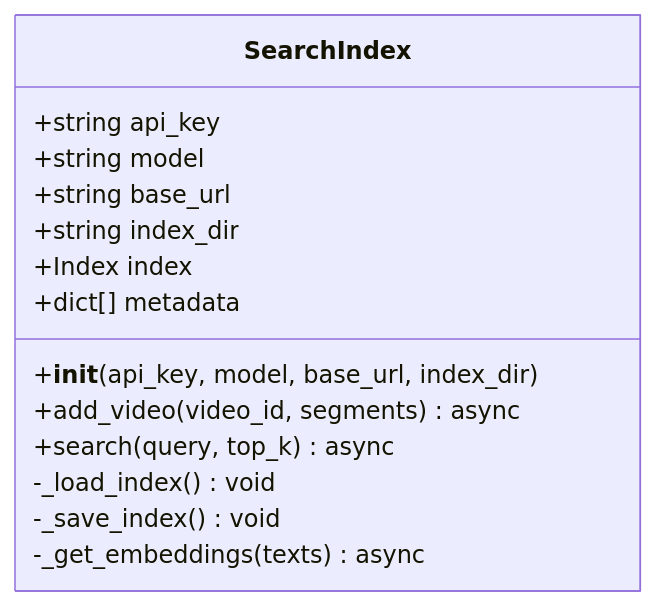
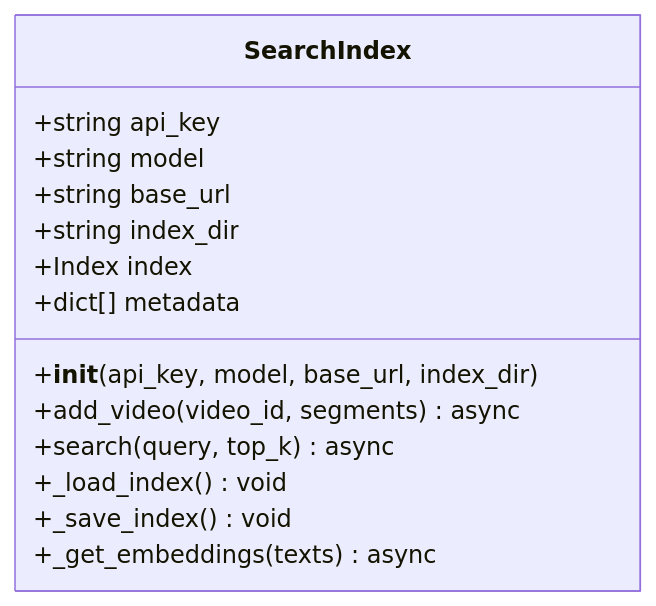
The third of 10 diagrams in .qoder/repowiki/en/content/Intelligent Search System.md (alexandreybasta-cyber/dubai-media-ai), drawn with Mermaid before and after one commit. The commit also changed other lines of this file and 23 other files, not shown here.

````diff
--- a/.qoder/repowiki/en/content/Intelligent Search System.md
+++ b/.qoder/repowiki/en/content/Intelligent Search System.md
@@ -152,17 +172,17 @@
 ```mermaid
 classDiagram
 class SearchIndex {
 +string api_key
 +string model
 +string base_url
 +string index_dir
 +Index index
 +dict[] metadata
 +__init__(api_key, model, base_url, index_dir)
 +add_video(video_id, segments) async
 +search(query, top_k) async
--_load_index() void
--_save_index() void
--_get_embeddings(texts) async
++_load_index() void
++_save_index() void
++_get_embeddings(texts) async
 }
 ```
````
